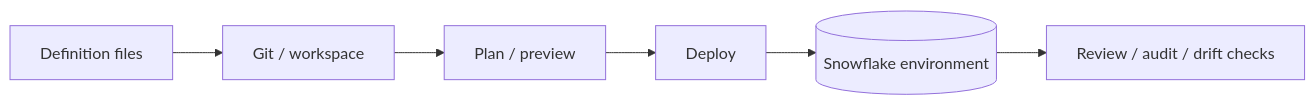
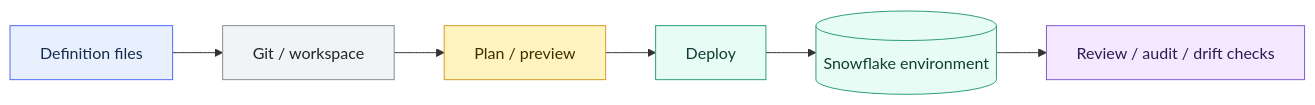
The diagram in 01 Snowflake/04 Data Engineering/30 DCM Projects and Snowflake Object Deployment.md (shonningsoy/Upskill), drawn with Mermaid before and after one commit. The commit also changed other lines of this file and 14 other files, not shown here.

````diff
--- a/01 Snowflake/04 Data Engineering/30 DCM Projects and Snowflake Object Deployment.md
+++ b/01 Snowflake/04 Data Engineering/30 DCM Projects and Snowflake Object Deployment.md
@@ -59,8 +62,19 @@
 ```mermaid
 flowchart LR
     DEV[Definition files] --> GIT[Git / workspace]
     GIT --> PLAN[Plan / preview]
     PLAN --> DEPLOY[Deploy]
     DEPLOY --> ENV[(Snowflake environment)]
     ENV --> OBS[Review / audit / drift checks]
+
+    classDef input fill:#E8F0FE,stroke:#4C6EF5,color:#172B4D
+    classDef control fill:#FFF3BF,stroke:#D69E2E,color:#3D2E00
+    classDef snowflake fill:#E6FCF5,stroke:#2F9E7B,color:#123C34
+    classDef platform fill:#F1F3F5,stroke:#868E96,color:#212529
+    classDef output fill:#F3E8FF,stroke:#805AD5,color:#2D1B4E
+    class DEV input
+    class GIT platform
+    class PLAN control
+    class DEPLOY,ENV snowflake
+    class OBS output
 ```
````
